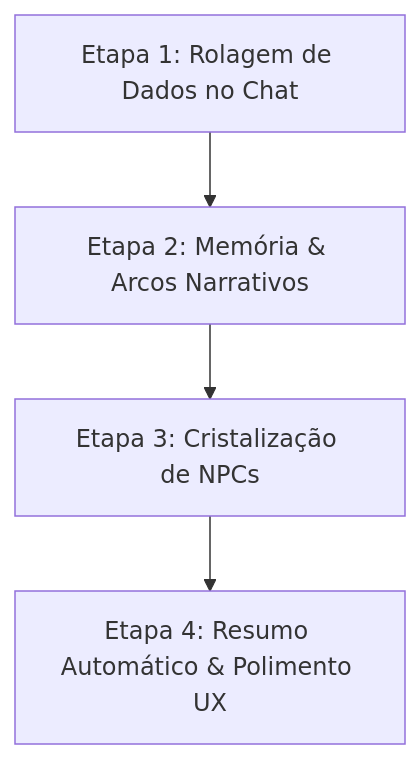
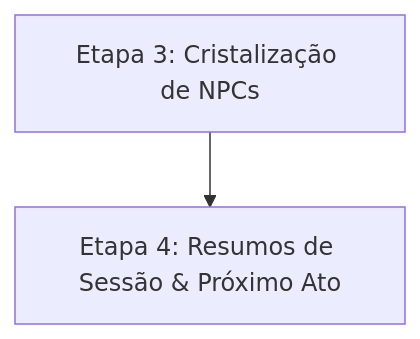
One commit to lheizo-prog/solo-experience changed the diagram in MVP_PLAN.md. Above: the diagram before and after it, drawn with Mermaid. The commit also changed other lines of this file and 9 other files, not shown here.

Commit message:
feat(etapa-2): implementar arcos narrativos e memoria persistente de decisoes do mundo

````diff
--- a/MVP_PLAN.md
+++ b/MVP_PLAN.md
@@ -22,6 +22,4 @@
 ```mermaid
 graph TD
-    A[Etapa 1: Rolagem de Dados no Chat] --> B[Etapa 2: Memória & Arcos Narrativos]
-    B --> C[Etapa 3: Cristalização de NPCs]
-    C --> D[Etapa 4: Resumo Automático & Polimento UX]
+    A[Etapa 3: Cristalização de NPCs] --> B[Etapa 4: Resumos de Sessão & Próximo Ato]
 ```
````
